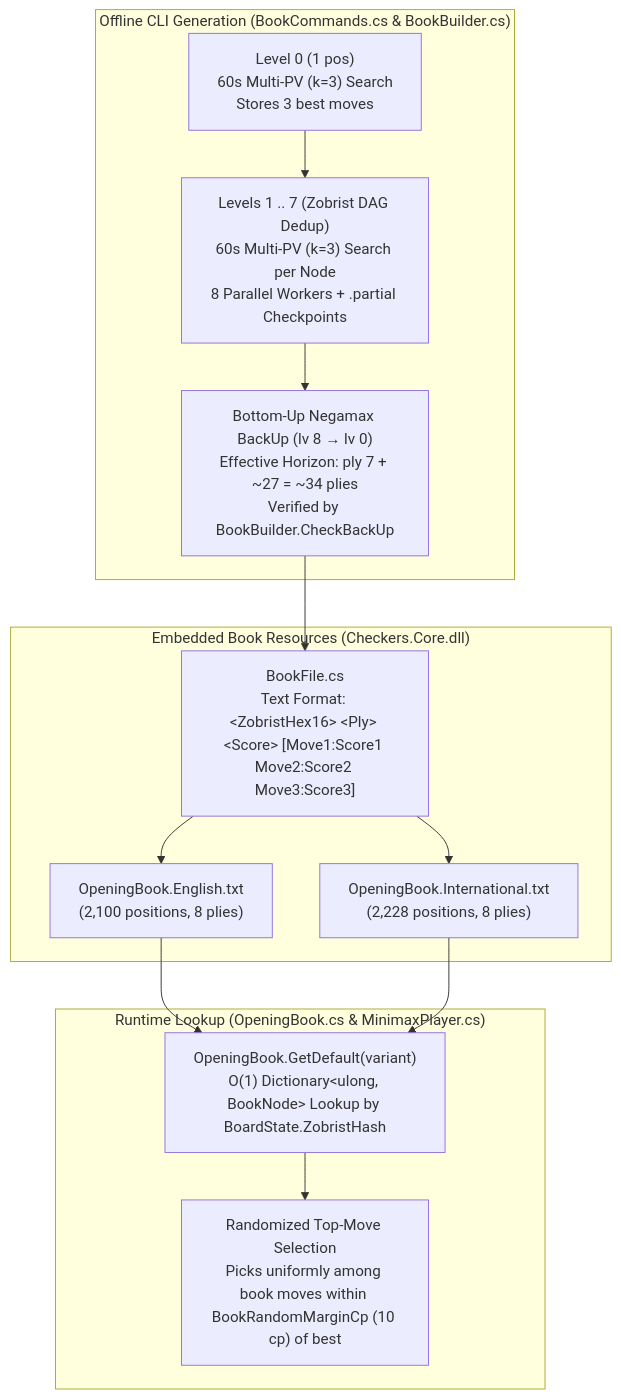
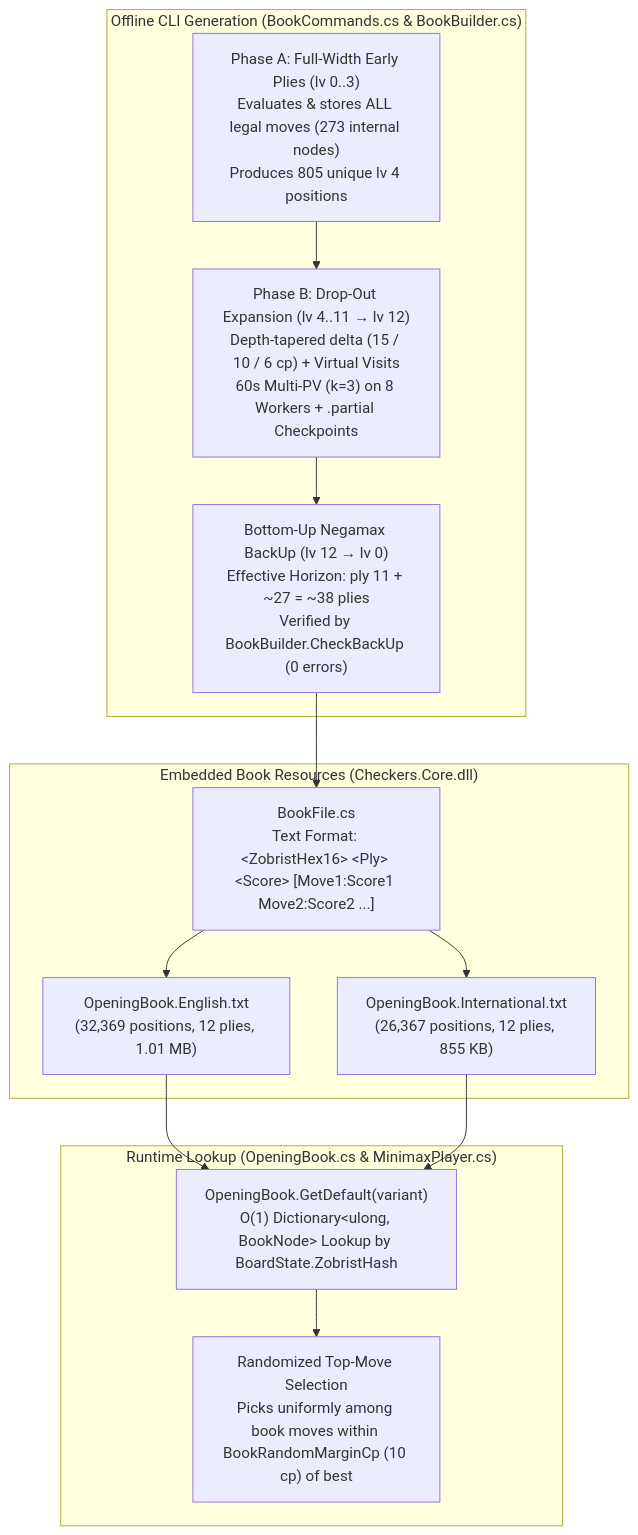
Before and after one commit to cjp-dev/Checkers: the second of 2 diagrams in docs/brain/10-opening-book.md, drawn with Mermaid. The commit also changed other lines of this file and 1 other file, not shown here.

Commit message:
Updated book generation documentation

````diff
--- a/docs/brain/10-opening-book.md
+++ b/docs/brain/10-opening-book.md
@@ -19,22 +58,22 @@
 ```mermaid
 flowchart TD
     subgraph Gen["Offline CLI Generation (BookCommands.cs &amp; BookBuilder.cs)"]
-        L0["Level 0 (1 pos)<br/>60s Multi-PV (k=3) Search<br/>Stores 3 best moves"]
-        L17["Levels 1 .. 7 (Zobrist DAG Dedup)<br/>60s Multi-PV (k=3) Search per Node<br/>8 Parallel Workers + .partial Checkpoints"]
-        BU["Bottom-Up Negamax BackUp (lv 8 → lv 0)<br/>Effective Horizon: ply 7 + ~27 = ~34 plies<br/>Verified by BookBuilder.CheckBackUp"]
-        L0 --> L17 --> BU
+        P1["Phase A: Full-Width Early Plies (lv 0..3)<br/>Evaluates &amp; stores ALL legal moves (273 internal nodes)<br/>Produces 805 unique lv 4 positions"]
+        P2["Phase B: Drop-Out Expansion (lv 4..11 → lv 12)<br/>Depth-tapered delta (15 / 10 / 6 cp) + Virtual Visits<br/>60s Multi-PV (k=3) on 8 Workers + .partial Checkpoints"]
+        BU["Bottom-Up Negamax BackUp (lv 12 → lv 0)<br/>Effective Horizon: ply 11 + ~27 = ~38 plies<br/>Verified by BookBuilder.CheckBackUp (0 errors)"]
+        P1 --> P2 --> BU
     end
 
     subgraph Storage["Embedded Book Resources (Checkers.Core.dll)"]
-        BF["BookFile.cs<br/>Text Format: &lt;ZobristHex16&gt; &lt;Ply&gt; &lt;Score&gt; [Move1:Score1 Move2:Score2 Move3:Score3]"]
-        EN["OpeningBook.English.txt<br/>(2,100 positions, 8 plies)"]
-        IN["OpeningBook.International.txt<br/>(2,228 positions, 8 plies)"]
+        BF["BookFile.cs<br/>Text Format: &lt;ZobristHex16&gt; &lt;Ply&gt; &lt;Score&gt; [Move1:Score1 Move2:Score2 ...]"]
+        EN["OpeningBook.English.txt<br/>(32,369 positions, 12 plies, 1.01 MB)"]
+        IN["OpeningBook.International.txt<br/>(26,367 positions, 12 plies, 855 KB)"]
         BU --> BF --> EN & IN
     end
 
     subgraph Runtime["Runtime Lookup (OpeningBook.cs &amp; MinimaxPlayer.cs)"]
         OB["OpeningBook.GetDefault(variant)<br/>O(1) Dictionary&lt;ulong, BookNode&gt; Lookup by BoardState.ZobristHash"]
         Margin["Randomized Top-Move Selection<br/>Picks uniformly among book moves within BookRandomMarginCp (10 cp) of best"]
         EN & IN --> OB --> Margin
     end
 ```
````
